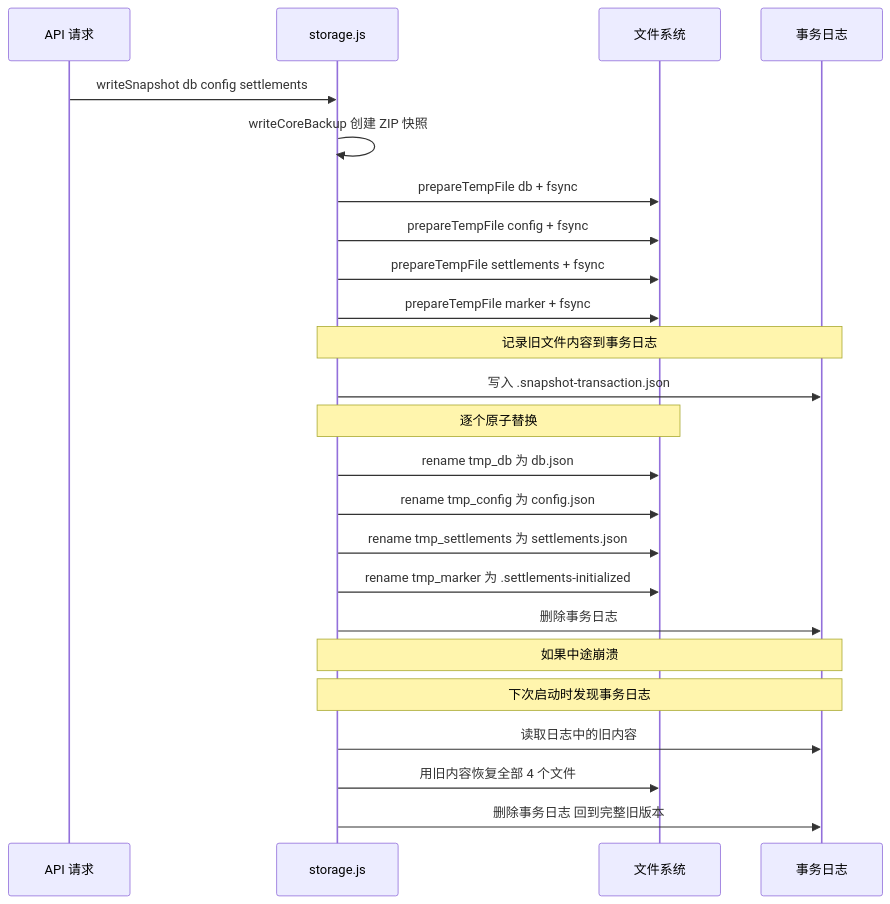
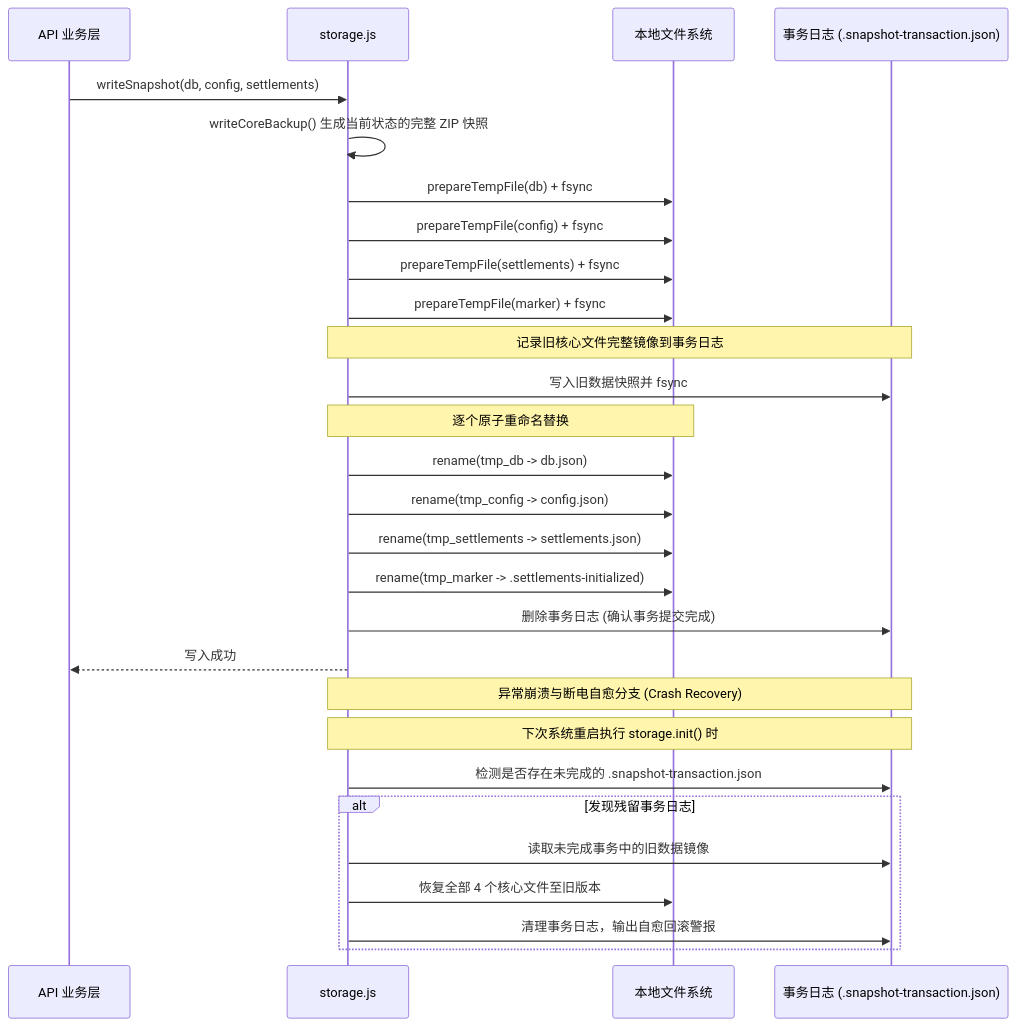
One commit to spicy-man/family-fund-manager changed the fifth of 7 diagrams in docs/technical/ARCHITECTURE.md. Above: the diagram before and after it, drawn with Mermaid. The commit also changed other lines of this file and 2 other files, not shown here.

Commit message:
docs: add architecture and code review guidelines and update README documentation

````diff
--- a/docs/technical/ARCHITECTURE.md
+++ b/docs/technical/ARCHITECTURE.md
@@ -181,31 +221,35 @@
 ```mermaid
 sequenceDiagram
-    participant API as API 请求
+    participant API as API 业务层
     participant S as storage.js
-    participant FS as 文件系统
-    participant J as 事务日志
+    participant FS as 本地文件系统
+    participant J as 事务日志 (.snapshot-transaction.json)
 
-    API->>S: writeSnapshot db config settlements
-    S->>S: writeCoreBackup 创建 ZIP 快照
-    S->>FS: prepareTempFile db + fsync
-    S->>FS: prepareTempFile config + fsync
-    S->>FS: prepareTempFile settlements + fsync
-    S->>FS: prepareTempFile marker + fsync
+    API->>S: writeSnapshot(db, config, settlements)
+    S->>S: writeCoreBackup() 生成当前状态的完整 ZIP 快照
+    S->>FS: prepareTempFile(db) + fsync
+    S->>FS: prepareTempFile(config) + fsync
+    S->>FS: prepareTempFile(settlements) + fsync
+    S->>FS: prepareTempFile(marker) + fsync
 
-    Note over S,J: 记录旧文件内容到事务日志
-    S->>J: 写入 .snapshot-transaction.json
+    Note over S,J: 记录旧核心文件完整镜像到事务日志
+    S->>J: 写入旧数据快照并 fsync
 
-    Note over S,FS: 逐个原子替换
-    S->>FS: rename tmp_db 为 db.json
-    S->>FS: rename tmp_config 为 config.json
-    S->>FS: rename tmp_settlements 为 settlements.json
-    S->>FS: rename tmp_marker 为 .settlements-initialized
+    Note over S,FS: 逐个原子重命名替换
+    S->>FS: rename(tmp_db -> db.json)
+    S->>FS: rename(tmp_config -> config.json)
+    S->>FS: rename(tmp_settlements -> settlements.json)
+    S->>FS: rename(tmp_marker -> .settlements-initialized)
 
-    S->>J: 删除事务日志
+    S->>J: 删除事务日志 (确认事务提交完成)
+    S-->>API: 写入成功
 
-    Note over S,J: 如果中途崩溃
-    Note over S,J: 下次启动时发现事务日志
-    S->>J: 读取日志中的旧内容
-    S->>FS: 用旧内容恢复全部 4 个文件
-    S->>J: 删除事务日志 回到完整旧版本
+    Note over S,J: 异常崩溃与断电自愈分支 (Crash Recovery)
+    Note over S,J: 下次系统重启执行 storage.init() 时
+    S->>J: 检测是否存在未完成的 .snapshot-transaction.json
+    alt 发现残留事务日志
+        S->>J: 读取未完成事务中的旧数据镜像
+        S->>FS: 恢复全部 4 个核心文件至旧版本
+        S->>J: 清理事务日志，输出自愈回滚警报
+    end
 ```
````
